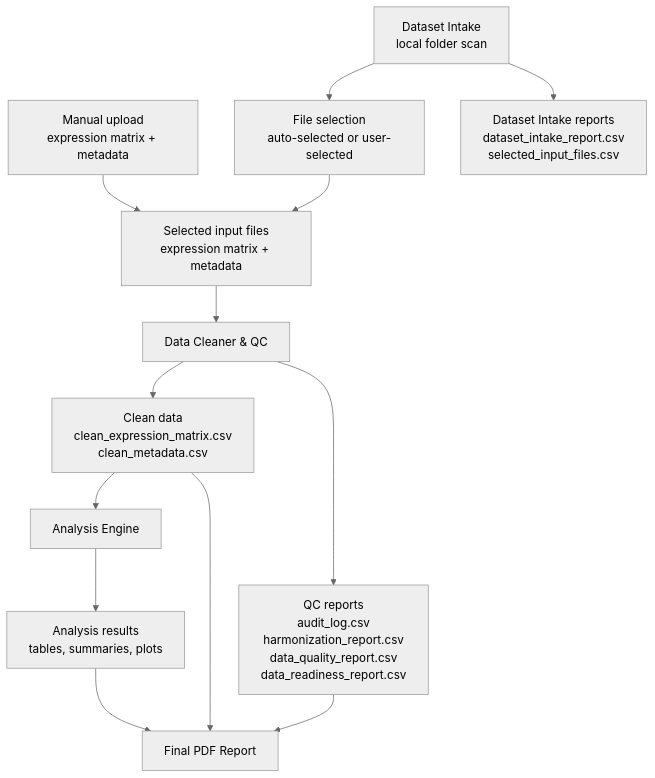
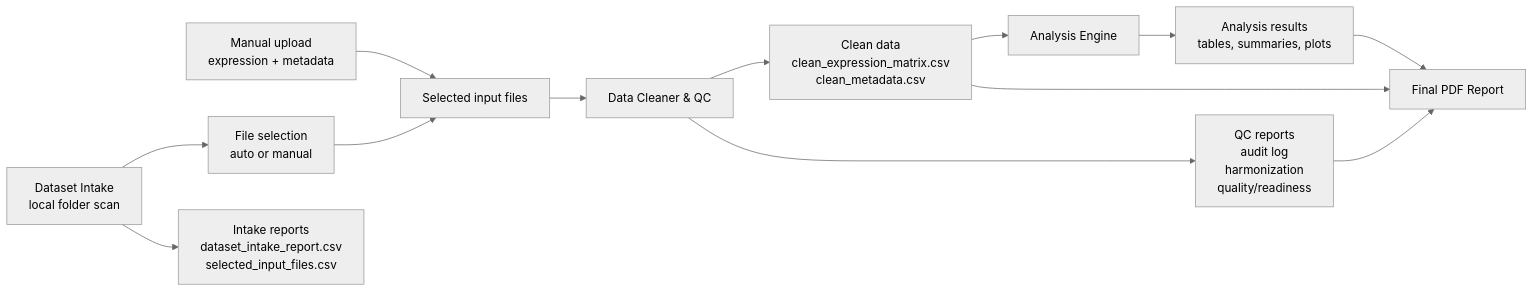
One commit to AliSta12/transcriptomic-data-qc-analysis-framework changed the diagram in README.md. Above: the diagram before and after it, drawn with Mermaid (neutral theme).

Commit message:
Improve README architecture diagram layout

````diff
--- a/README.md
+++ b/README.md
@@ -73,21 +73,20 @@
 ```mermaid
-flowchart TD
-    A["Manual upload<br/>expression matrix + metadata"] --> D["Selected input files<br/>expression matrix + metadata"]
+flowchart LR
+    A["Manual upload<br/>expression + metadata"] --> D["Selected input files"]
 
-    B["Dataset Intake<br/>local folder scan"] --> C["File selection<br/>auto-selected or user-selected"]
-    B --> R1["Dataset Intake reports<br/>dataset_intake_report.csv<br/>selected_input_files.csv"]
-
+    B["Dataset Intake<br/>local folder scan"] --> C["File selection<br/>auto or manual"]
     C --> D
+    B --> R1["Intake reports<br/>dataset_intake_report.csv<br/>selected_input_files.csv"]
 
     D --> E["Data Cleaner & QC"]
 
     E --> F["Clean data<br/>clean_expression_matrix.csv<br/>clean_metadata.csv"]
-    E --> R2["QC reports<br/>audit_log.csv<br/>harmonization_report.csv<br/>data_quality_report.csv<br/>data_readiness_report.csv"]
+    E --> R2["QC reports<br/>audit log<br/>harmonization<br/>quality/readiness"]
 
     F --> G["Analysis Engine"]
     G --> H["Analysis results<br/>tables, summaries, plots"]
 
     F --> I["Final PDF Report"]
     R2 --> I
     H --> I
 ```
````
